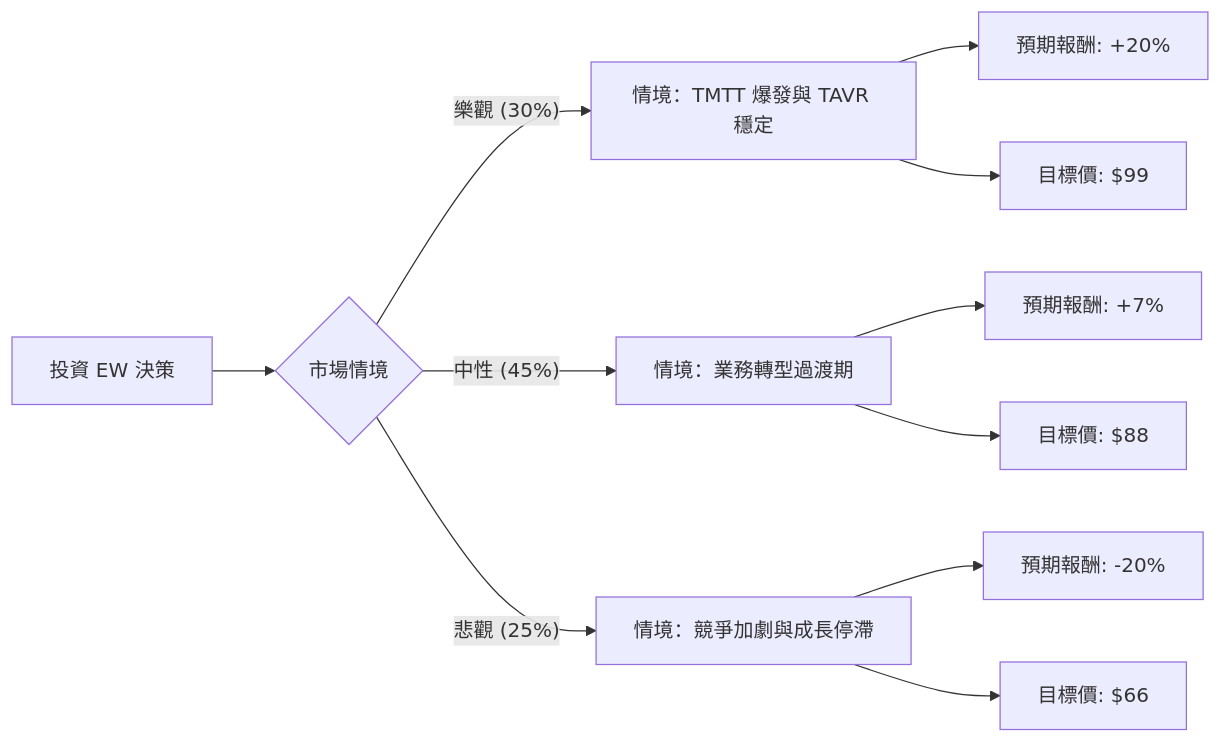
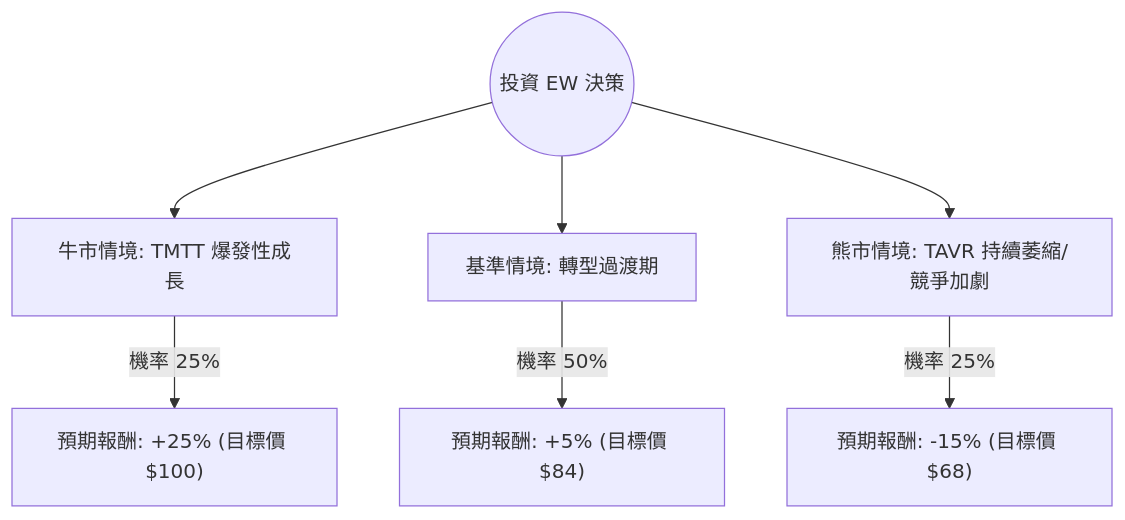
Before and after one commit to zmcx16/zmcx16.github.io: the diagram in plugin-react/ai-analysis/ev-analysis/EW.md, drawn with Mermaid. The commit also changed other lines of this file and 68 other files, not shown here.

````diff
--- a/plugin-react/ai-analysis/ev-analysis/EW.md
+++ b/plugin-react/ai-analysis/ev-analysis/EW.md
@@ -19,16 +18,10 @@
 ```mermaid
-graph LR
-    A[投資 EW 決策] --> B{市場情境}
-    
-    B -- 樂觀 (30%) --> C[情境：TMTT 爆發與 TAVR 穩定]
-    C --> C1[預期報酬: +20%]
-    C --> C2[目標價: $99]
+graph TD
+    Start((投資 EW 決策)) --> Bull[牛市情境: TMTT 爆發性成長]
+    Start --> Base[基準情境: 轉型過渡期]
+    Start --> Bear[熊市情境: TAVR 持續萎縮/競爭加劇]
 
-    B -- 中性 (45%) --> D[情境：業務轉型過渡期]
-    D --> D1[預期報酬: +7%]
-    D --> D2[目標價: $88]
-
-    B -- 悲觀 (25%) --> E[情境：競爭加劇與成長停滯]
-    E --> E1[預期報酬: -20%]
-    E --> E2[目標價: $66]
+    Bull -- "機率 25%" --> BullVal["預期報酬: +25% (目標價 $100)"]
+    Base -- "機率 50%" --> BaseVal["預期報酬: +5% (目標價 $84)"]
+    Bear -- "機率 25%" --> BearVal["預期報酬: -15% (目標價 $68)"]
 ```
````
